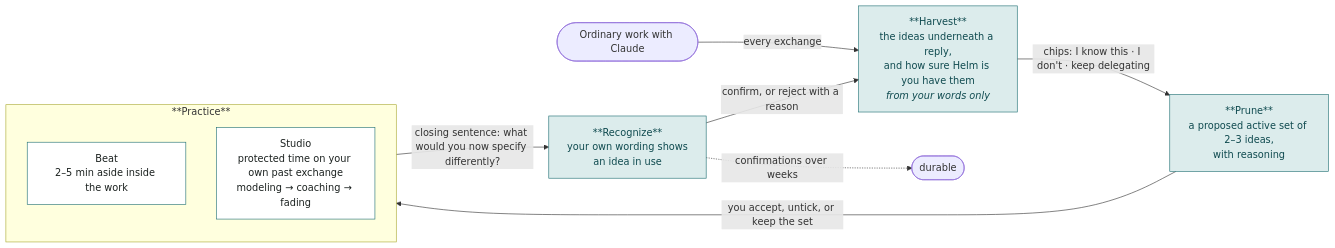
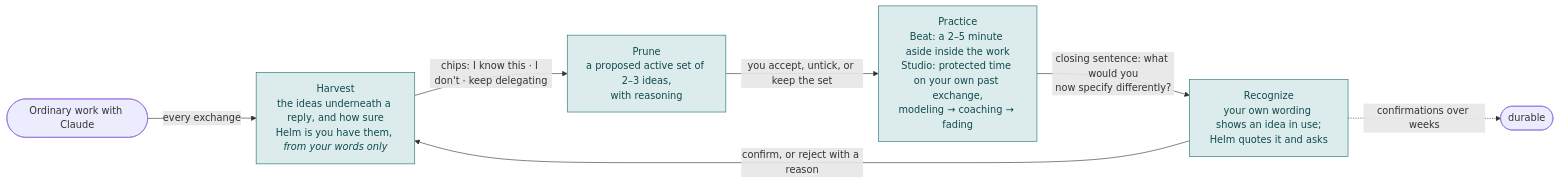
One commit to aguydane/education_labs_takehome changed the diagram in docs/RATIONALE.md. Above: the diagram before and after it, drawn with Mermaid.

Commit message:
Rationale: loop diagram as a single-row cycle (renders on Mermaid 11)

````diff
--- a/docs/RATIONALE.md
+++ b/docs/RATIONALE.md
@@ -19,26 +19,15 @@
 ```mermaid
 flowchart LR
     W([Ordinary work with Claude]) -->|every exchange| H
-
-    H["**Harvest**<br/>the ideas underneath a reply,<br/>and how sure Helm is you have them<br/><i>from your words only</i>"]
-    P["**Prune**<br/>a proposed active set of 2–3 ideas,<br/>with reasoning"]
-    R["**Recognize**<br/>your own wording shows<br/>an idea in use"]
-
-    subgraph PR["**Practice**"]
-        direction TB
-        B["Beat<br/>2–5 min aside inside the work"]
-        S["Studio<br/>protected time on your own past exchange<br/>modeling → coaching → fading"]
-    end
-
-    H -->|chips: I know this · I don't · keep delegating| P
-    P -->|you accept, untick, or keep the set| PR
-    PR -->|closing sentence: what would you now specify differently?| R
-    R -->|confirm, or reject with a reason| H
-
-    R -.->|confirmations over weeks| D([durable])
-
+    H["Harvest<br/>the ideas underneath a reply, and how sure<br/>Helm is you have them, <i>from your words only</i>"]
+    P["Prune<br/>a proposed active set of 2–3 ideas,<br/>with reasoning"]
+    X["Practice<br/>Beat: a 2–5 minute aside inside the work<br/>Studio: protected time on your own past exchange,<br/>modeling → coaching → fading"]
+    R["Recognize<br/>your own wording shows an idea in use;<br/>Helm quotes it and asks"]
+    H -->|"chips: I know this · I don't · keep delegating"| P
+    P -->|"you accept, untick, or keep the set"| X
+    X -->|"closing sentence: what would you<br/>now specify differently?"| R
+    R -->|"confirm, or reject with a reason"| H
+    R -.->|"confirmations over weeks"| D([durable])
     classDef step fill:#dcecec,stroke:#1f6f73,color:#0f4a4f
-    classDef mode fill:#ffffff,stroke:#1f6f73,color:#1b211f
-    class H,P,R step
-    class B,S mode
+    class H,P,X,R step
 ```
````
